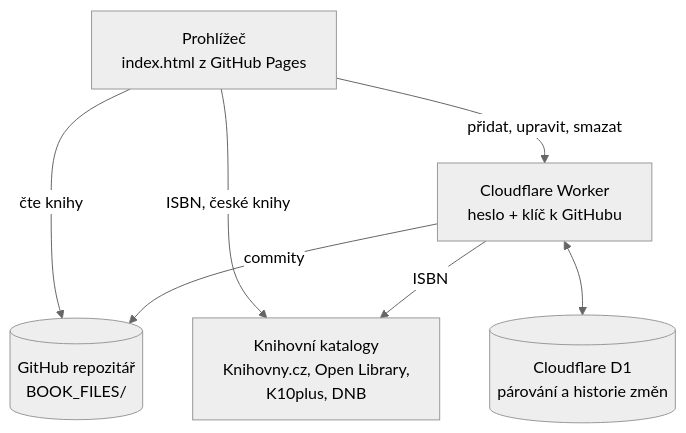
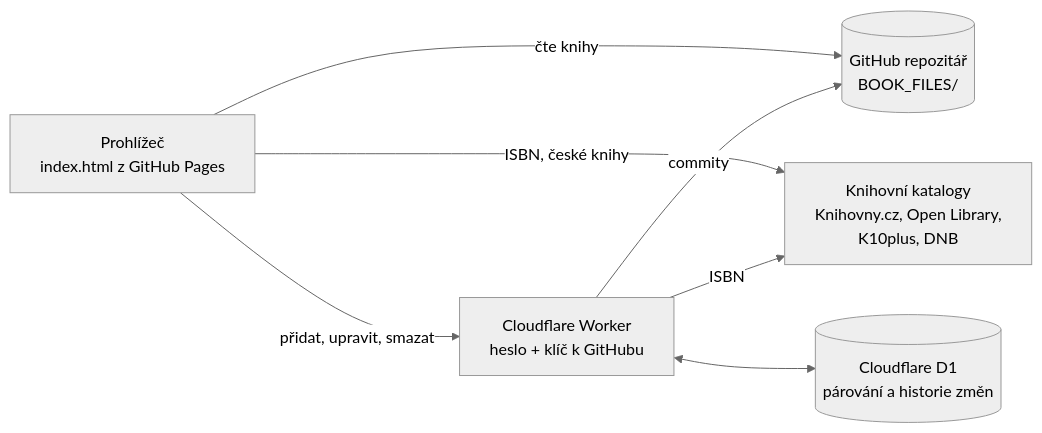
Before and after one commit to jemolotrab/AK-Database: the diagram in README.md, drawn with Mermaid (neutral theme).

Commit message:
Change flowchart direction from TD to LR
Updated flowchart direction in README.

````diff
--- a/README.md
+++ b/README.md
@@ -51,15 +51,15 @@
 ```mermaid
-graph TD;
+flowchart LR
     V[ Prohlížeč<br/>index.html z GitHub Pages ]
     W[ Cloudflare Worker<br/>heslo + klíč k GitHubu ]
     G[( GitHub repozitář<br/>BOOK_FILES/ )]
     C[ Knihovní katalogy<br/>Knihovny.cz, Open Library,<br/>K10plus, DNB ]
     D[( Cloudflare D1<br/>párování a historie změn )]
 
     V -->| čte knihy | G
     V -->| přidat, upravit, smazat | W
     W -->| commity | G
     V -->| ISBN, české knihy | C
     W -->| ISBN | C
     W <--> D
 ```
````
